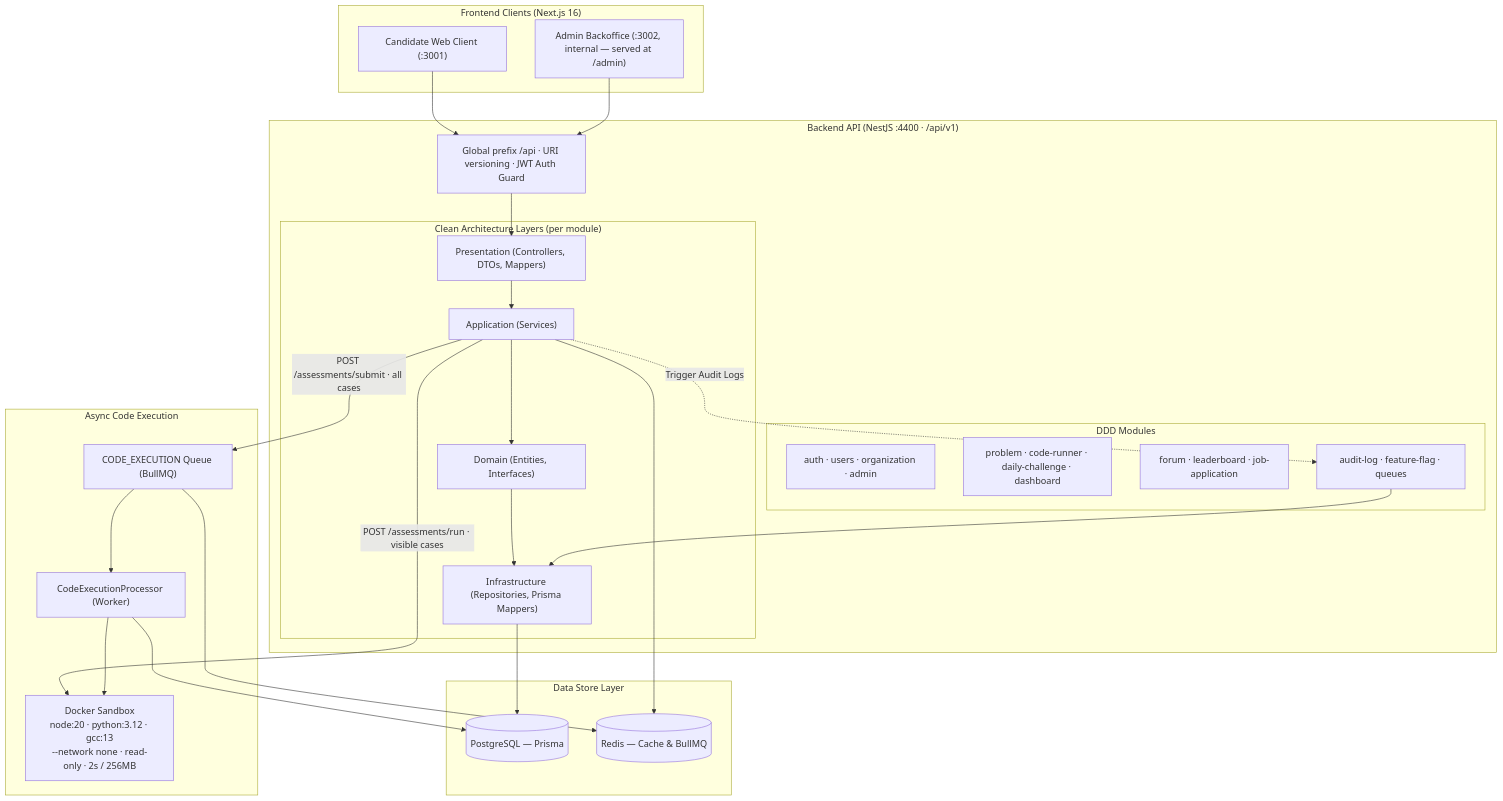
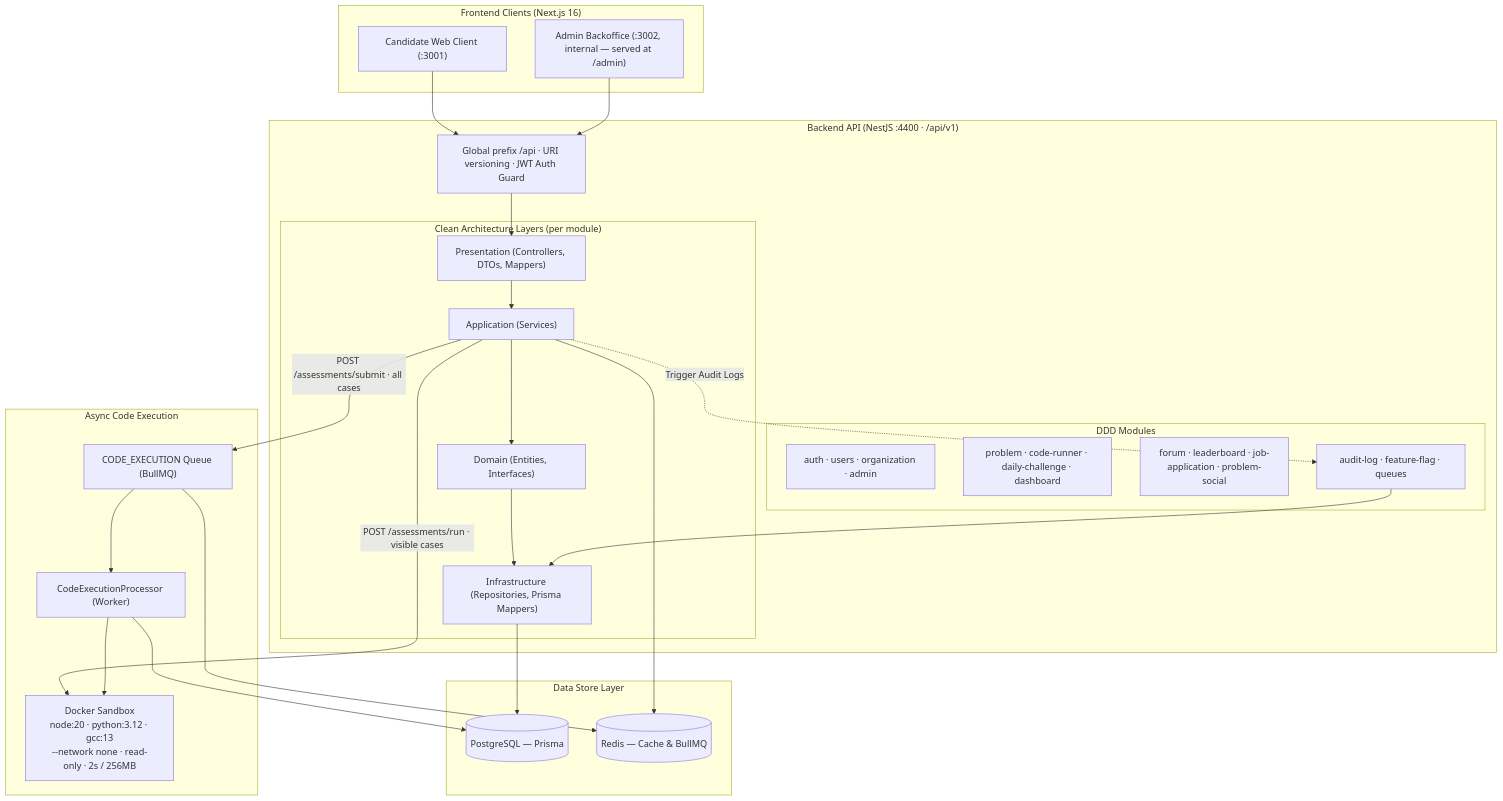
One commit to rizonkumar/elevateSDE changed the diagram in README.md. Above: the diagram before and after it, drawn with Mermaid. The commit also changed other lines of this file and 38 other files, not shown here.

First line of the commit message:
Add Problem Social Module for Enhanced Community Engagement

````diff
--- a/README.md
+++ b/README.md
@@ -12,57 +12,57 @@
 ```mermaid
 graph TD
     subgraph Clients["Frontend Clients (Next.js 16)"]
         Web["Candidate Web Client (:3001)"]
         Admin["Admin Backoffice (:3002, internal — served at /admin)"]
     end
 
     subgraph API["Backend API (NestJS :4400 · /api/v1)"]
         Gateway["Global prefix /api · URI versioning · JWT Auth Guard"]
 
         subgraph Domains["DDD Modules"]
             CoreMods["auth · users · organization · admin"]
             LearnMods["problem · code-runner · daily-challenge · dashboard"]
-            CommMods["forum · leaderboard · job-application"]
+            CommMods["forum · leaderboard · job-application · problem-social"]
             PlatMods["audit-log · feature-flag · queues"]
         end
 
         subgraph Layers["Clean Architecture Layers (per module)"]
             Pres["Presentation (Controllers, DTOs, Mappers)"]
             App["Application (Services)"]
             Dom["Domain (Entities, Interfaces)"]
             Infra["Infrastructure (Repositories, Prisma Mappers)"]
         end
     end
 
     subgraph Async["Async Code Execution"]
         Queue["CODE_EXECUTION Queue (BullMQ)"]
         Worker["CodeExecutionProcessor (Worker)"]
         Sandbox["Docker Sandbox<br/>node:20 · python:3.12 · gcc:13<br/>--network none · read-only · 2s / 256MB"]
     end
 
     subgraph Storage["Data Store Layer"]
         DB[("PostgreSQL — Prisma")]
         Cache[("Redis — Cache & BullMQ")]
     end
 
     Web --> Gateway
     Admin --> Gateway
     Gateway --> Pres
     Pres --> App
     App --> Dom
     Dom --> Infra
     Infra --> DB
     App --> Cache
 
     %% Code execution: synchronous run vs queued submit
     App -->|POST /assessments/run · visible cases| Sandbox
     App -->|POST /assessments/submit · all cases| Queue
     Queue --> Cache
     Queue --> Worker
     Worker --> Sandbox
     Worker --> DB
 
     %% Audit Logging Hook
     App -.->|Trigger Audit Logs| PlatMods
     PlatMods --> Infra
 ```
````
